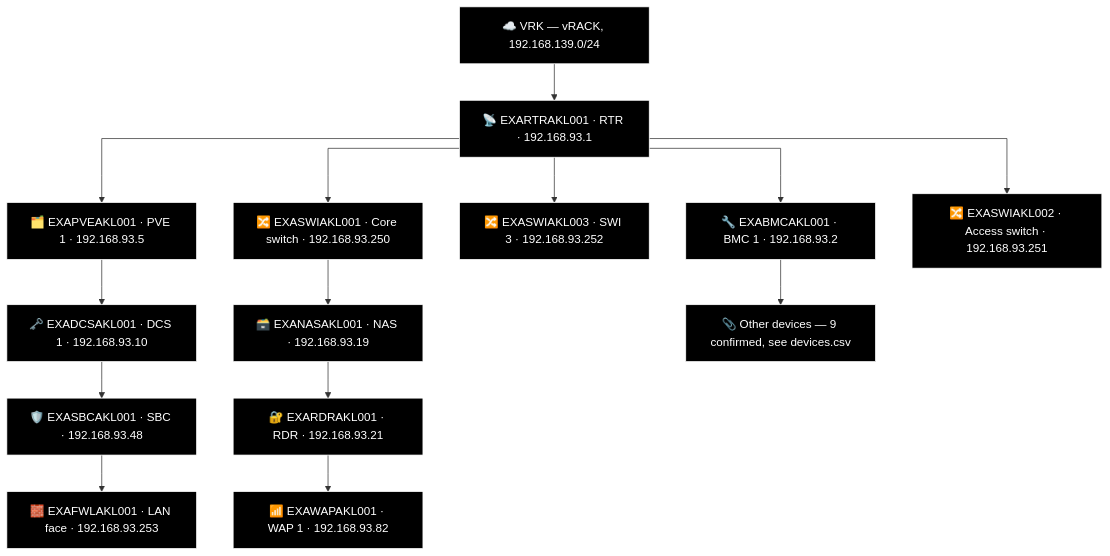
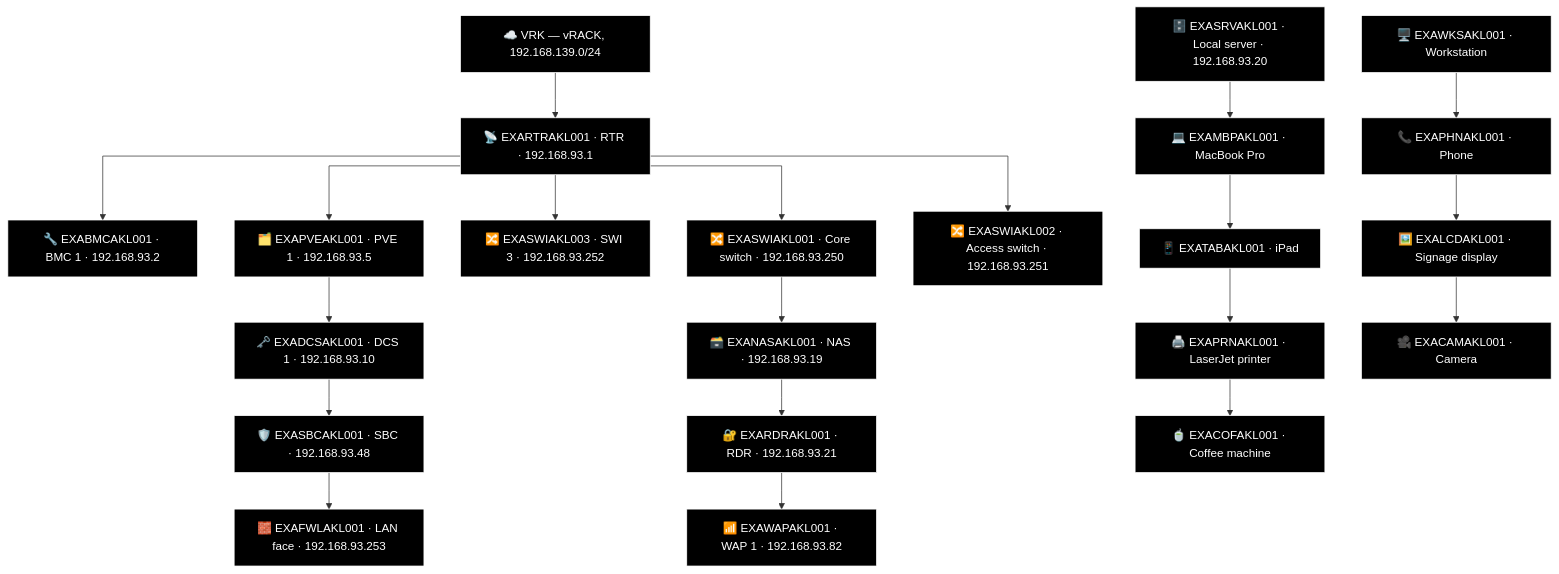
Before and after one commit to knightmare2600/example_music_infra: the second of 2 diagrams in docs/network-diagram/new-zealand.md, drawn with Mermaid. The commit also changed 8 other files, not shown here.

First line of the commit message:
generate_network_diagrams.py: port FAL's two-column "Other" bucket into the generator

````diff
--- a/docs/network-diagram/new-zealand.md
+++ b/docs/network-diagram/new-zealand.md
@@ -58,43 +58,60 @@
 ```mermaid
 %% GENERATED:TOPOLOGY:AKL:START
 %%{init: {'flowchart': {'curve': 'stepAfter'}}}%%
 graph TD
     T_VRK["☁️ VRK — vRACK, 192.168.139.0/24"]
     T_RTR["📡 EXARTRAKL001 · RTR · 192.168.93.1"]
     T_VRK --> T_RTR
     T_BMC["🔧 EXABMCAKL001 · BMC 1 · 192.168.93.2"]
     T_RTR --> T_BMC
     T_PVE["🗂️ EXAPVEAKL001 · PVE 1 · 192.168.93.5"]
     T_RTR --> T_PVE
     T_SWI["🔀 EXASWIAKL003 · SWI 3 · 192.168.93.252"]
     T_RTR --> T_SWI
     T_SWI2["🔀 EXASWIAKL001 · Core switch · 192.168.93.250"]
     T_RTR --> T_SWI2
     T_SWI3["🔀 EXASWIAKL002 · Access switch · 192.168.93.251"]
     T_RTR --> T_SWI3
     T_NAS["🗃️ EXANASAKL001 · NAS · 192.168.93.19"]
     T_RDR["🔐 EXARDRAKL001 · RDR · 192.168.93.21"]
     T_WAP["📶 EXAWAPAKL001 · WAP 1 · 192.168.93.82"]
     T_SWI2 --> T_NAS --> T_RDR --> T_WAP
     T_DCS["🗝️ EXADCSAKL001 · DCS 1 · 192.168.93.10"]
     T_SBC["🛡️ EXASBCAKL001 · SBC · 192.168.93.48"]
     T_FWL["🧱 EXAFWLAKL001 · LAN face · 192.168.93.253"]
     T_PVE --> T_DCS --> T_SBC --> T_FWL
-    T_OTHER["📎 Other devices — 9 confirmed, see devices.csv"]
-    T_BMC --> T_OTHER
+    T_SRV["🗄️ EXASRVAKL001 · Local server · 192.168.93.20"]
+    T_WKS["🖥️ EXAWKSAKL001 · Workstation"]
+    T_MBP["💻 EXAMBPAKL001 · MacBook Pro"]
+    T_PHN["📞 EXAPHNAKL001 · Phone"]
+    T_TAB["📱 EXATABAKL001 · iPad"]
+    T_LCD["🖼️ EXALCDAKL001 · Signage display"]
+    T_PRN["🖨️ EXAPRNAKL001 · LaserJet printer"]
+    T_CAM["🎥 EXACAMAKL001 · Camera"]
+    T_COF["🍵 EXACOFAKL001 · Coffee machine"]
+    T_SRV --> T_MBP --> T_TAB --> T_PRN --> T_COF
+    T_WKS --> T_PHN --> T_LCD --> T_CAM
     style T_VRK fill:#000000,stroke:#FFFFFF,color:#FFFFFF
     style T_RTR fill:#000000,stroke:#FFFFFF,color:#FFFFFF
     style T_BMC fill:#000000,stroke:#FFFFFF,color:#FFFFFF
     style T_PVE fill:#000000,stroke:#FFFFFF,color:#FFFFFF
     style T_SWI fill:#000000,stroke:#FFFFFF,color:#FFFFFF
     style T_SWI2 fill:#000000,stroke:#FFFFFF,color:#FFFFFF
     style T_SWI3 fill:#000000,stroke:#FFFFFF,color:#FFFFFF
     style T_NAS fill:#000000,stroke:#FFFFFF,color:#FFFFFF
     style T_RDR fill:#000000,stroke:#FFFFFF,color:#FFFFFF
     style T_WAP fill:#000000,stroke:#FFFFFF,color:#FFFFFF
     style T_DCS fill:#000000,stroke:#FFFFFF,color:#FFFFFF
     style T_SBC fill:#000000,stroke:#FFFFFF,color:#FFFFFF
     style T_FWL fill:#000000,stroke:#FFFFFF,color:#FFFFFF
-    style T_OTHER fill:#000000,stroke:#FFFFFF,color:#FFFFFF
+    style T_SRV fill:#000000,stroke:#FFFFFF,color:#FFFFFF
+    style T_WKS fill:#000000,stroke:#FFFFFF,color:#FFFFFF
+    style T_MBP fill:#000000,stroke:#FFFFFF,color:#FFFFFF
+    style T_PHN fill:#000000,stroke:#FFFFFF,color:#FFFFFF
+    style T_TAB fill:#000000,stroke:#FFFFFF,color:#FFFFFF
+    style T_LCD fill:#000000,stroke:#FFFFFF,color:#FFFFFF
+    style T_PRN fill:#000000,stroke:#FFFFFF,color:#FFFFFF
+    style T_CAM fill:#000000,stroke:#FFFFFF,color:#FFFFFF
+    style T_COF fill:#000000,stroke:#FFFFFF,color:#FFFFFF
 %% GENERATED:TOPOLOGY:AKL:END
 ```
````
